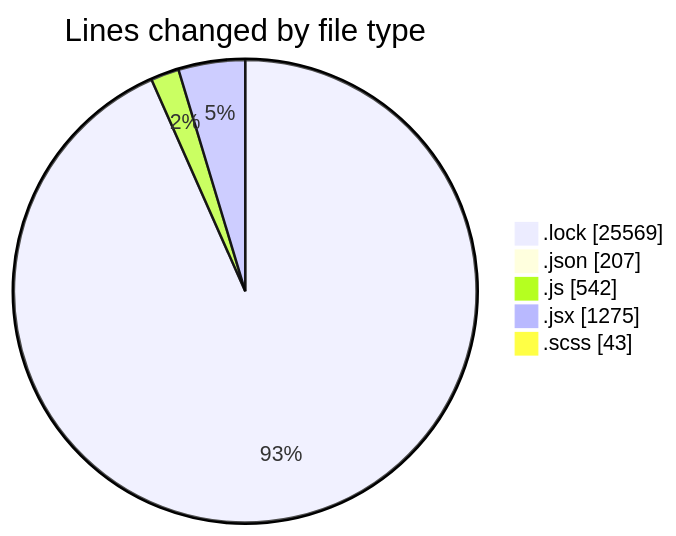
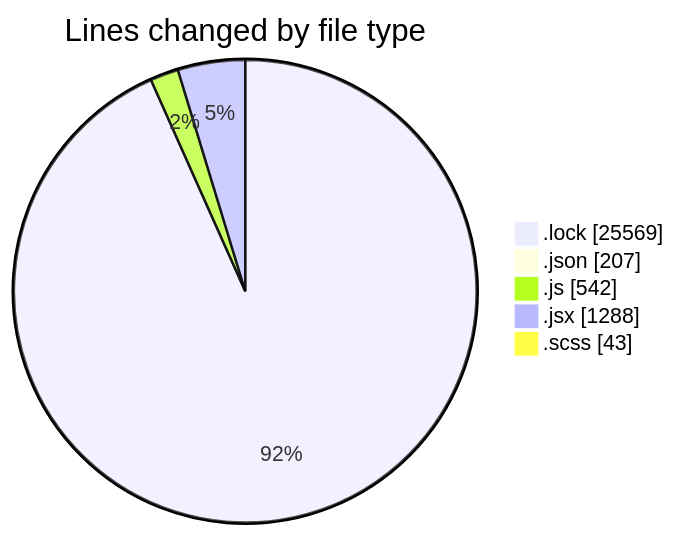
One commit to momahboobian/code-tracking changed the first of 2 diagrams in 2026-01-07/cda/README.md. Above: the diagram before and after it, drawn with Mermaid. The commit also changed other lines of this file and 1 other file, not shown here.

````diff
--- a/2026-01-07/cda/README.md
+++ b/2026-01-07/cda/README.md
@@ -34,9 +34,9 @@
 ```mermaid
 pie showData
 title Lines changed by file type
 ".lock" : 25569
 ".json" : 207
 ".js" : 542
-".jsx" : 1275
+".jsx" : 1288
 ".scss" : 43
 ```
````
